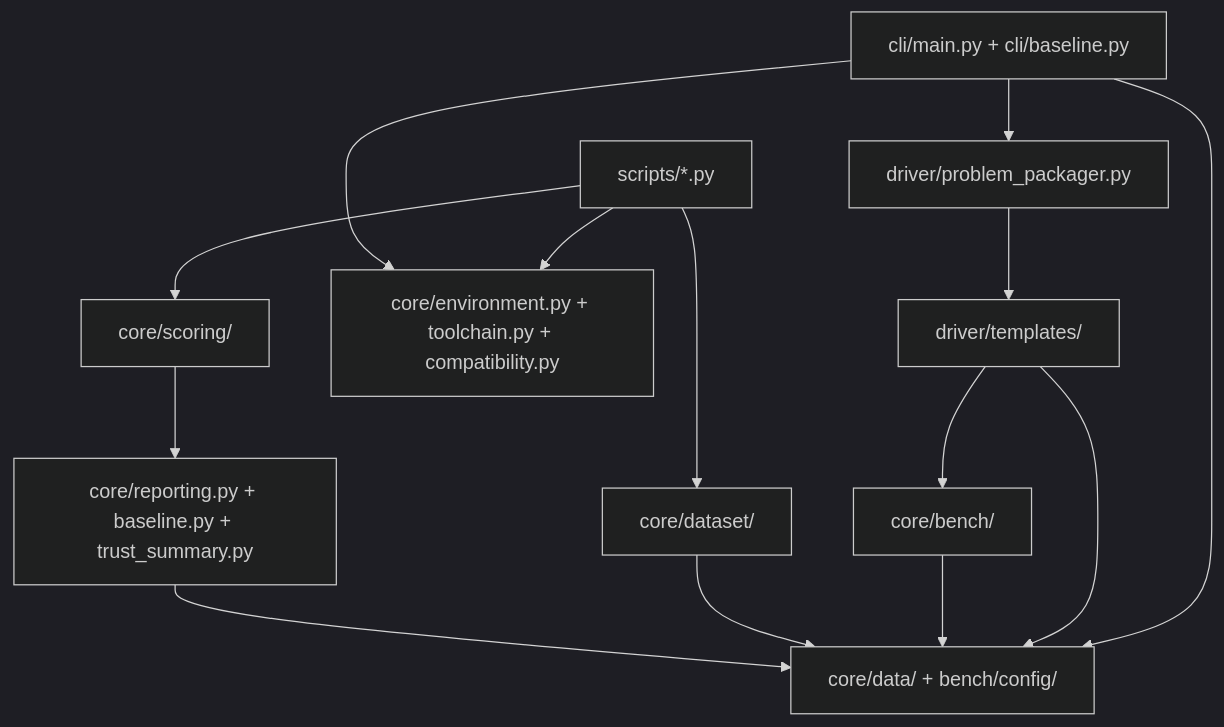
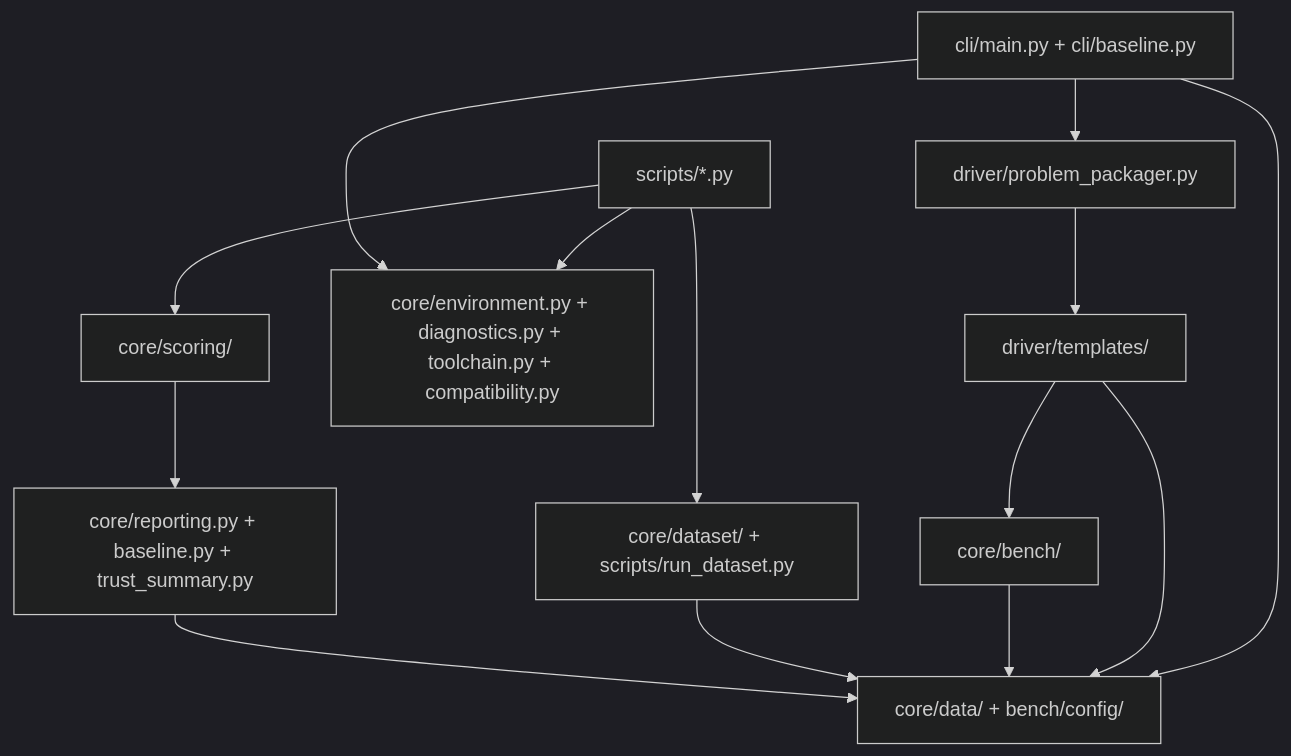
Before and after one commit to gwokhou/SOL-ExecBench-ROCm: the diagram in docs/ARCHITECTURE.md, drawn with Mermaid (dark theme). The commit also changed other lines of this file and 7 other files, not shown here.

````diff
--- a/docs/ARCHITECTURE.md
+++ b/docs/ARCHITECTURE.md
@@ -18,27 +18,27 @@
 ```mermaid
 graph TD
     Scripts["scripts/*.py"]
     CLI["cli/main.py + cli/baseline.py"]
     Models["core/data/ + bench/config/"]
     Packager["driver/problem_packager.py"]
     Templates["driver/templates/"]
     Bench["core/bench/"]
-    Evidence["core/environment.py + toolchain.py + compatibility.py"]
-    Dataset["core/dataset/"]
+    Evidence["core/environment.py + diagnostics.py + toolchain.py + compatibility.py"]
+    Dataset["core/dataset/ + scripts/run_dataset.py"]
     Scoring["core/scoring/"]
     Reports["core/reporting.py + baseline.py + trust_summary.py"]
 
     Scripts --> Dataset
     Scripts --> Evidence
     Scripts --> Scoring
     CLI --> Models
     CLI --> Packager
     CLI --> Evidence
     Packager --> Templates
     Templates --> Bench
     Templates --> Models
     Bench --> Models
     Dataset --> Models
     Scoring --> Reports
     Reports --> Models
 ```
````
